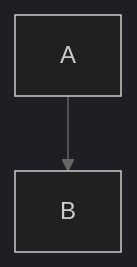
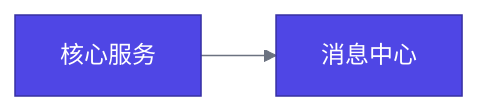
One commit to betterlmy/agent-skills changed the first of 2 diagrams in skills/mermaid-diagrams/references/advanced-features.md. Above: the diagram before and after it, drawn with Mermaid. The commit also changed other lines of this file and 46 other files, not shown here.

````diff
--- a/skills/mermaid-diagrams/references/advanced-features.md
+++ b/skills/mermaid-diagrams/references/advanced-features.md
@@ -9,15 +9,15 @@
 ```mermaid
 ---
 config:
-  theme: dark
+  theme: base
   themeVariables:
-    primaryColor: "#ff6b6b"
-    primaryTextColor: "#fff"
-    primaryBorderColor: "#333"
-    lineColor: "#666"
-    secondaryColor: "#4ecdc4"
-    tertiaryColor: "#ffe66d"
+    primaryColor: '#4f46e5'
+    primaryTextColor: '#ffffff'
+    primaryBorderColor: '#3730a3'
+    lineColor: '#6b7280'
+    secondaryColor: '#ec4899'
+    tertiaryColor: '#f3f4f6'
 ---
-flowchart TD
-    A --> B
+flowchart LR
+    A[核心服务] --> B[消息中心]
 ```
````
